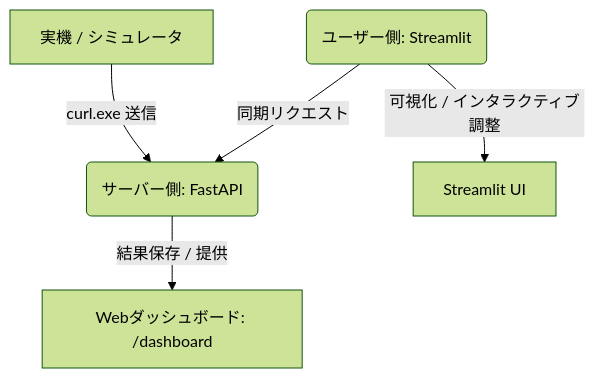
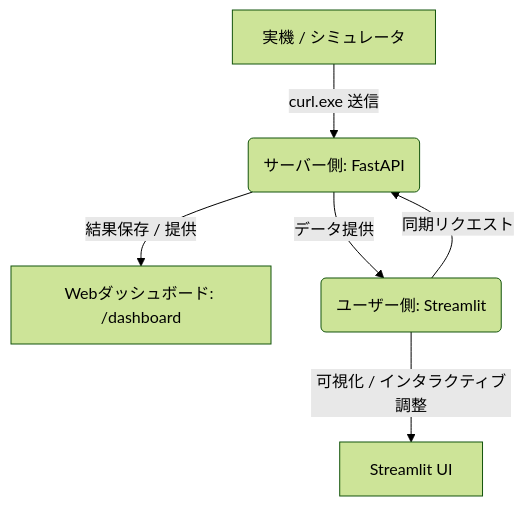
The diagram in README.md (miyahara046/pid_adjust), drawn with Mermaid (forest theme) before and after one commit.

````diff
--- a/README.md
+++ b/README.md
@@ -12,7 +12,8 @@
 ```mermaid
 graph TD
     A[実機 / シミュレータ] -- curl.exe 送信 --> B(サーバー側: FastAPI)
     B -- 結果保存 / 提供 --> C[Webダッシュボード: /dashboard]
-    D(ユーザー側: Streamlit) -- 同期リクエスト --> B
+    B -- データ提供 --> D(ユーザー側: Streamlit)
+    D -- 同期リクエスト --> B
     D -- 可視化 / インタラクティブ調整 --> E[Streamlit UI]
 ```
````
